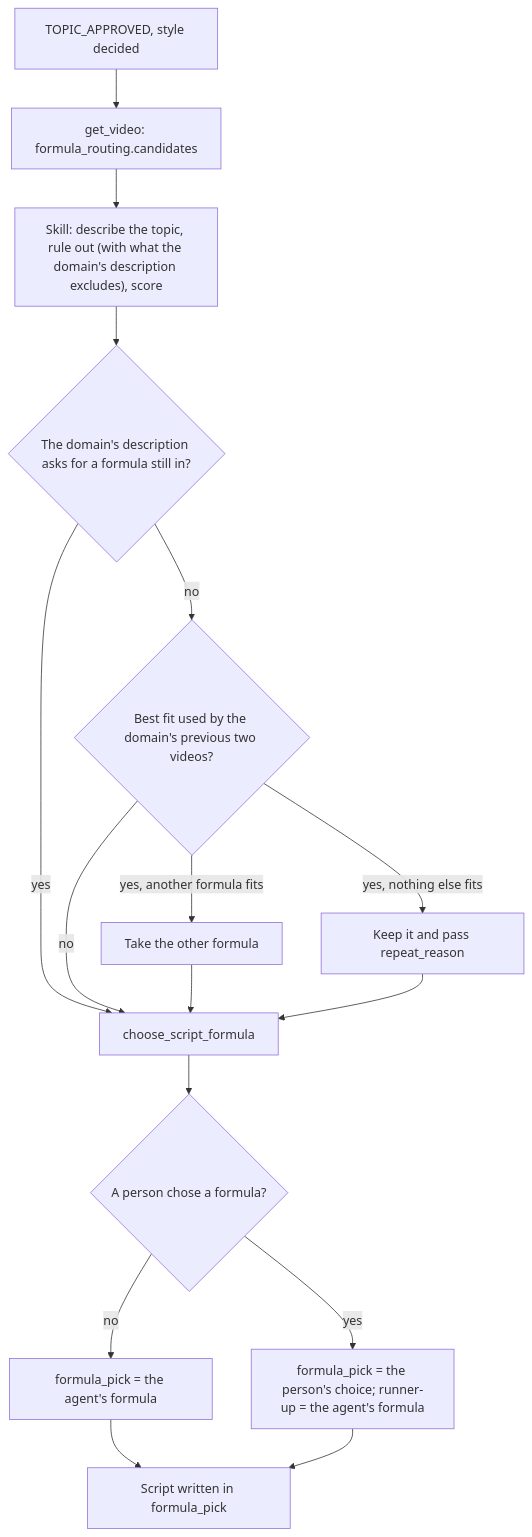
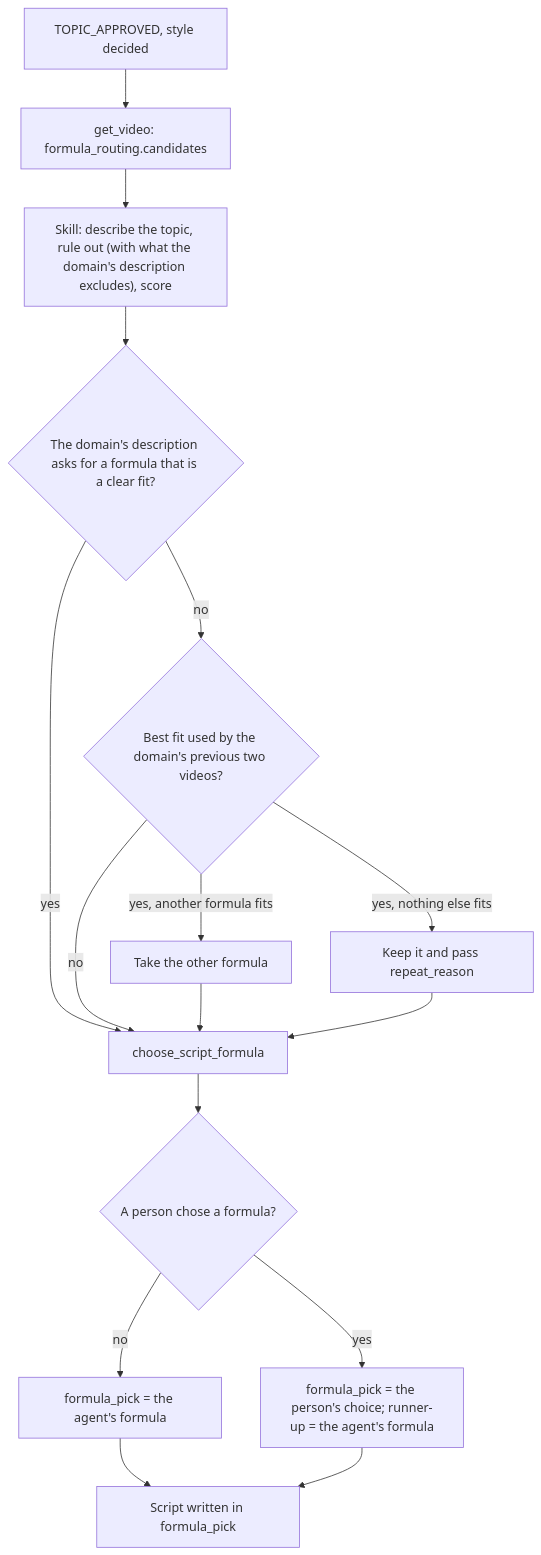
The first of 2 diagrams in docs/developer/08-scripting-and-voice.md (teja156/tubematic), drawn with Mermaid before and after one commit. The commit also changed other lines of this file and 15 other files, not shown here.

First line of the commit message:
Domain description: clamp only the inserted text, keep newer typing over a late save, carry it into the mining prompt, and let a request win only among clear fits (Codex round 1)

````diff
--- a/docs/developer/08-scripting-and-voice.md
+++ b/docs/developer/08-scripting-and-voice.md
@@ -141,18 +141,18 @@
 ```mermaid
 flowchart TD
     A["TOPIC_APPROVED, style decided"] --> B["get_video: formula_routing.candidates"]
     B --> C["Skill: describe the topic, rule out (with what the domain's description excludes), score"]
-    C --> R{"The domain's description asks for a formula still in?"}
+    C --> R{"The domain's description asks for a formula that is a clear fit?"}
     R -- "yes" --> G
     R -- "no" --> D{"Best fit used by the domain's previous two videos?"}
     D -- "no" --> G["choose_script_formula"]
     D -- "yes, another formula fits" --> E["Take the other formula"]
     D -- "yes, nothing else fits" --> F["Keep it and pass repeat_reason"]
     E --> G
     F --> G
     G --> H{"A person chose a formula?"}
     H -- "no" --> I["formula_pick = the agent's formula"]
     H -- "yes" --> J["formula_pick = the person's choice; runner-up = the agent's formula"]
     I --> K["Script written in formula_pick"]
     J --> K
 ```
````
